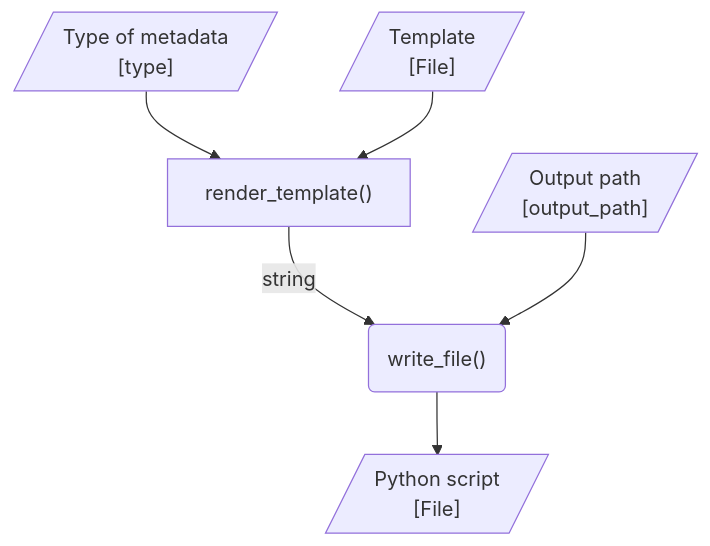
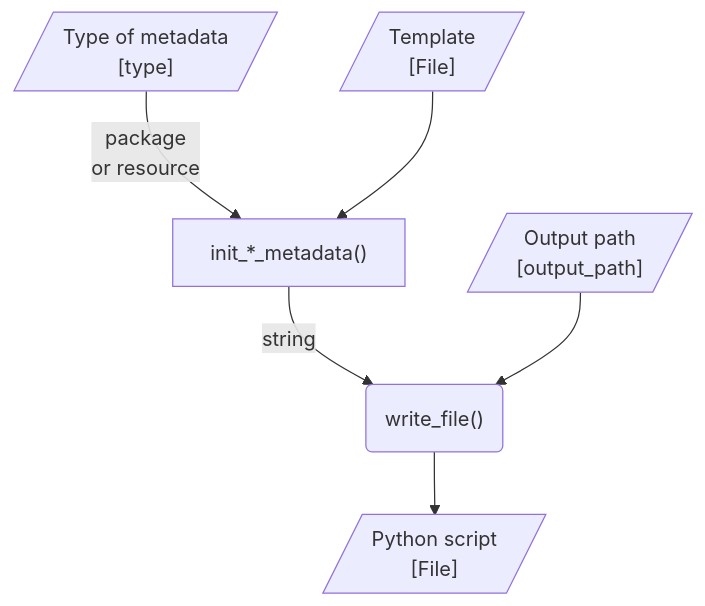
The second of 2 diagrams in docs/design/interface/python.qmd (seedcase-project/seedcase-sprout), drawn with Mermaid before and after one commit. The commit also changed other lines of this file, not shown here.

````diff
--- a/docs/design/interface/python.qmd
+++ b/docs/design/interface/python.qmd
@@ -54,20 +55,21 @@
 ```{mermaid}
 %%| label: fig-flow-init-metadata
 %%| fig-cap: >-
 %%|   Diagram showing the flow of objects and functions to compose the metadata
 %%|   in a Python script.
 %%| fig-alt: >-
 %%|   A flow diagram showing the steps to creating the Python file with the
 %%|   empty metadata fields.
 
 flowchart
     output_path[/"Output path<br>[output_path]"/]
     type[/"Type of metadata<br>[type]"/]
     template[/"Template<br>[File]"/]
-    render_template["render_template()"]
+    init_metadata["init_*_metadata()"]
     write_file("write_file()")
     output[/"Python script<br>[File]"/]
 
-    type & template --> render_template -->|string| write_file
+    type -->|package<br>or resource| init_metadata
+    template --> init_metadata -->|string| write_file
     output_path --> write_file --> output
 ```
````
